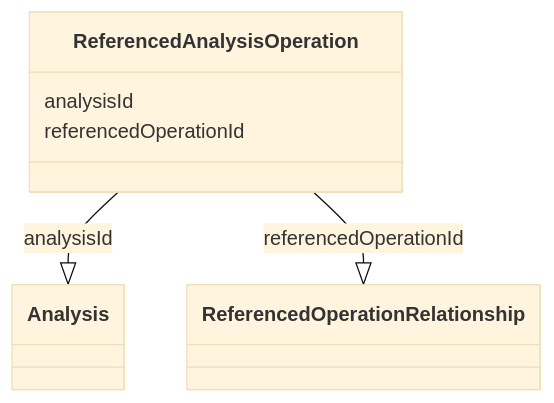
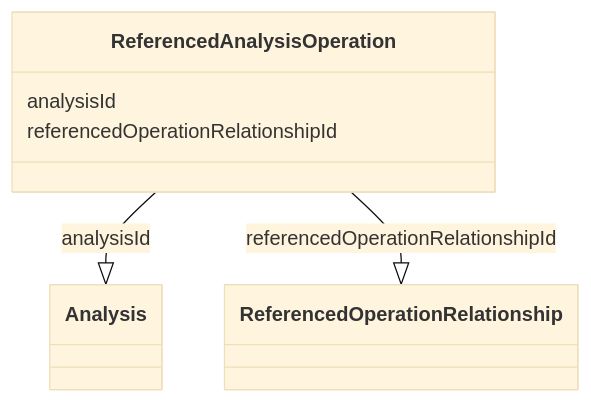
One commit to cdisc-org/analysis-results-standard changed the diagram in project/docs/ReferencedAnalysisOperation.md. Above: the diagram before and after it, drawn with Mermaid (base theme). The commit also changed other lines of this file and 261 other files, not shown here.

````diff
--- a/project/docs/ReferencedAnalysisOperation.md
+++ b/project/docs/ReferencedAnalysisOperation.md
@@ -14,13 +14,13 @@
 ```mermaid
  classDiagram
     class ReferencedAnalysisOperation
       ReferencedAnalysisOperation : analysisId
         
           ReferencedAnalysisOperation --|> Analysis : analysisId
         
-      ReferencedAnalysisOperation : referencedOperationId
+      ReferencedAnalysisOperation : referencedOperationRelationshipId
         
-          ReferencedAnalysisOperation --|> ReferencedOperationRelationship : referencedOperationId
+          ReferencedAnalysisOperation --|> ReferencedOperationRelationship : referencedOperationRelationshipId
         
       
 ```
````
